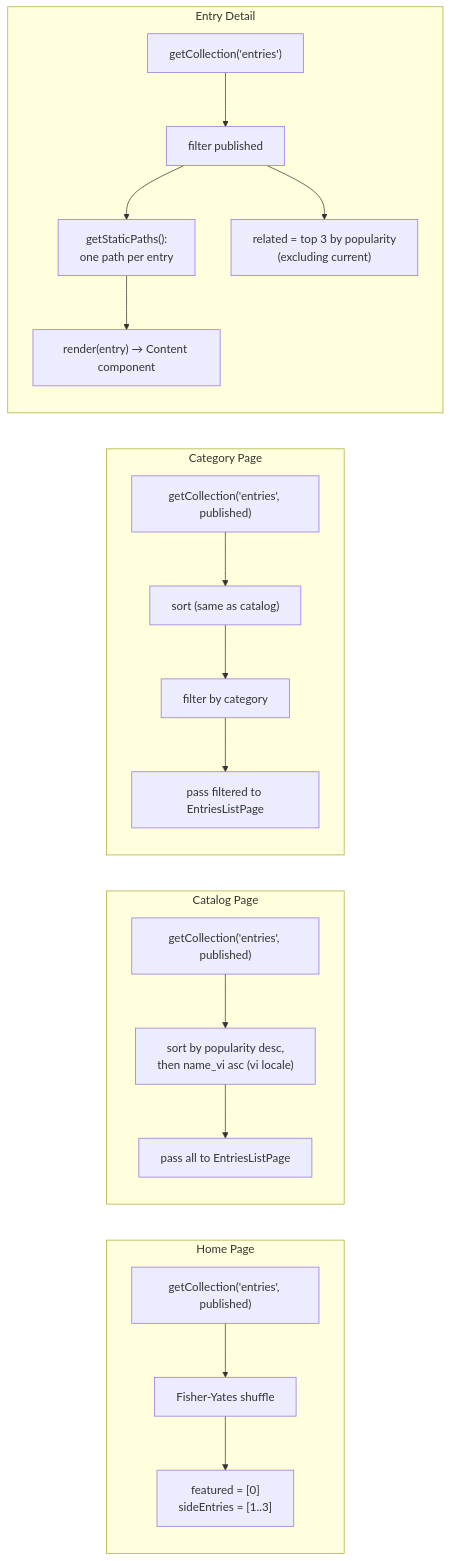
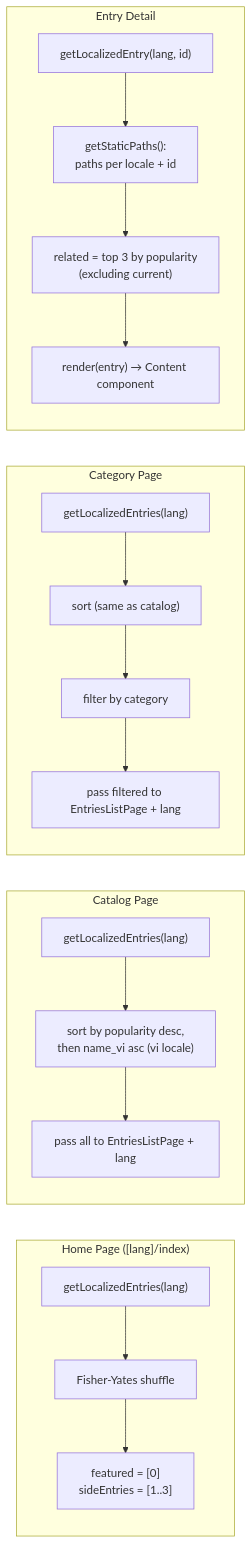
The second of 3 diagrams in doc/data-flow.md (khanhhung142/mythic-pages), drawn with Mermaid before and after one commit. The commit also changed other lines of this file and 12 other files, not shown here.

````diff
--- a/doc/data-flow.md
+++ b/doc/data-flow.md
@@ -48,20 +58,20 @@
 ```mermaid
 graph LR
-    subgraph "Home Page"
-        H1["getCollection('entries', published)"] --> H2["Fisher-Yates shuffle"] --> H3["featured = [0]<br/>sideEntries = [1..3]"]
+    subgraph "Home Page ([lang]/index)"
+        H1["getLocalizedEntries(lang)"] --> H2["Fisher-Yates shuffle"] --> H3["featured = [0]<br/>sideEntries = [1..3]"]
     end
 
     subgraph "Catalog Page"
-        C1["getCollection('entries', published)"] --> C2["sort by popularity desc,<br/>then name_vi asc (vi locale)"] --> C3["pass all to EntriesListPage"]
+        C1["getLocalizedEntries(lang)"] --> C2["sort by popularity desc,<br/>then name_vi asc (vi locale)"] --> C3["pass all to EntriesListPage + lang"]
     end
 
     subgraph "Category Page"
-        F1["getCollection('entries', published)"] --> F2["sort (same as catalog)"] --> F3["filter by category"] --> F4["pass filtered to EntriesListPage"]
+        F1["getLocalizedEntries(lang)"] --> F2["sort (same as catalog)"] --> F3["filter by category"] --> F4["pass filtered to EntriesListPage + lang"]
     end
 
     subgraph "Entry Detail"
-        E1["getCollection('entries')"] --> E2["filter published"] --> E3["getStaticPaths():<br/>one path per entry"]
-        E2 --> E4["related = top 3 by popularity<br/>(excluding current)"]
-        E3 --> E5["render(entry) → Content component"]
+        E1["getLocalizedEntry(lang, id)"] --> E2["getStaticPaths():<br/>paths per locale + id"]
+        E2 --> E3["related = top 3 by popularity<br/>(excluding current)"]
+        E3 --> E4["render(entry) → Content component"]
     end
 ```
````
